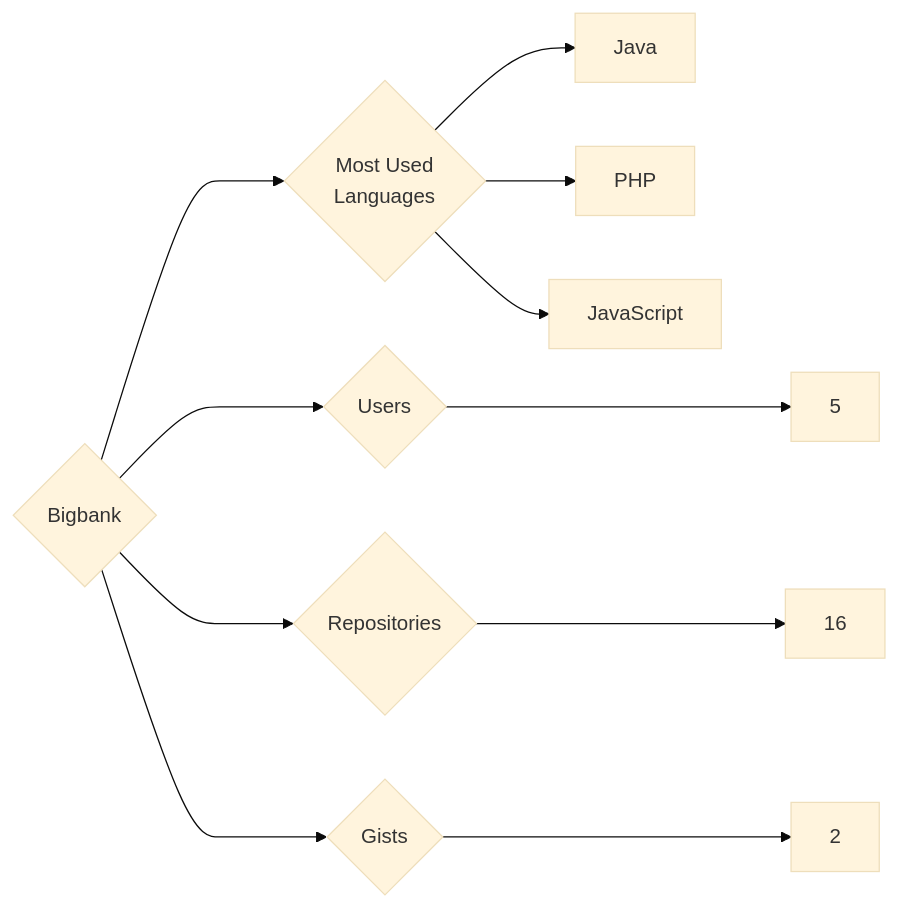
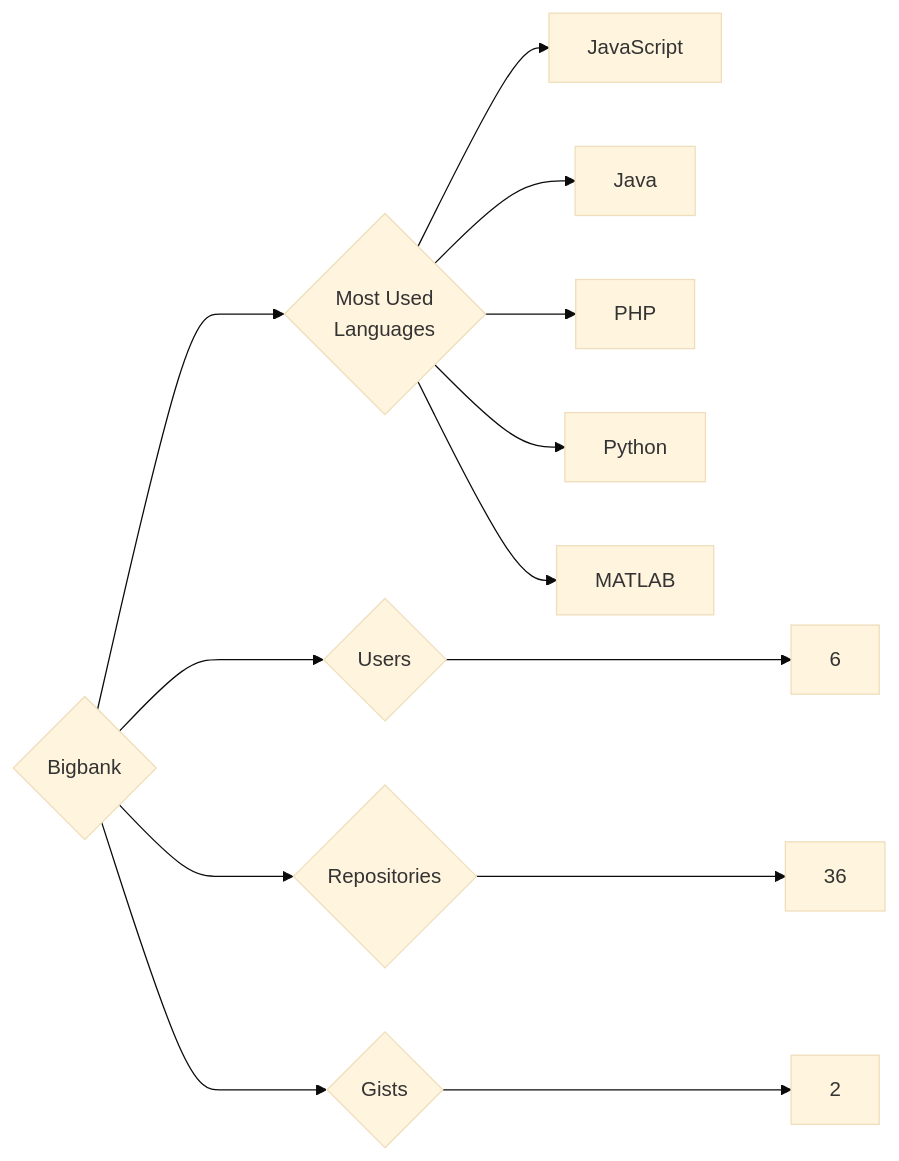
Before and after one commit to trickest/insiders: the diagram in targets/Bigbank/README.md, drawn with Mermaid (base theme). The commit also changed 559 other files, not shown here.

````diff
--- a/targets/Bigbank/README.md
+++ b/targets/Bigbank/README.md
@@ -3,11 +3,13 @@
 ```mermaid
 graph LR
 COMPANY_NAME{Bigbank}
-COMPANY_NAME ---> U{Users} ---> UN[5]
-COMPANY_NAME ---> R{Repositories} ---> RN[16]
+COMPANY_NAME ---> U{Users} ---> UN[6]
+COMPANY_NAME ---> R{Repositories} ---> RN[36]
 COMPANY_NAME ---> G{Gists} ---> GN[2]
 COMPANY_NAME ---> ML{Most Used<br>Languages}
+ML --> JavaScript[JavaScript]
 ML --> Java[Java]
 ML --> PHP[PHP]
-ML --> JavaScript[JavaScript]
+ML --> Python[Python]
+ML --> MATLAB[MATLAB]
 ```
````
